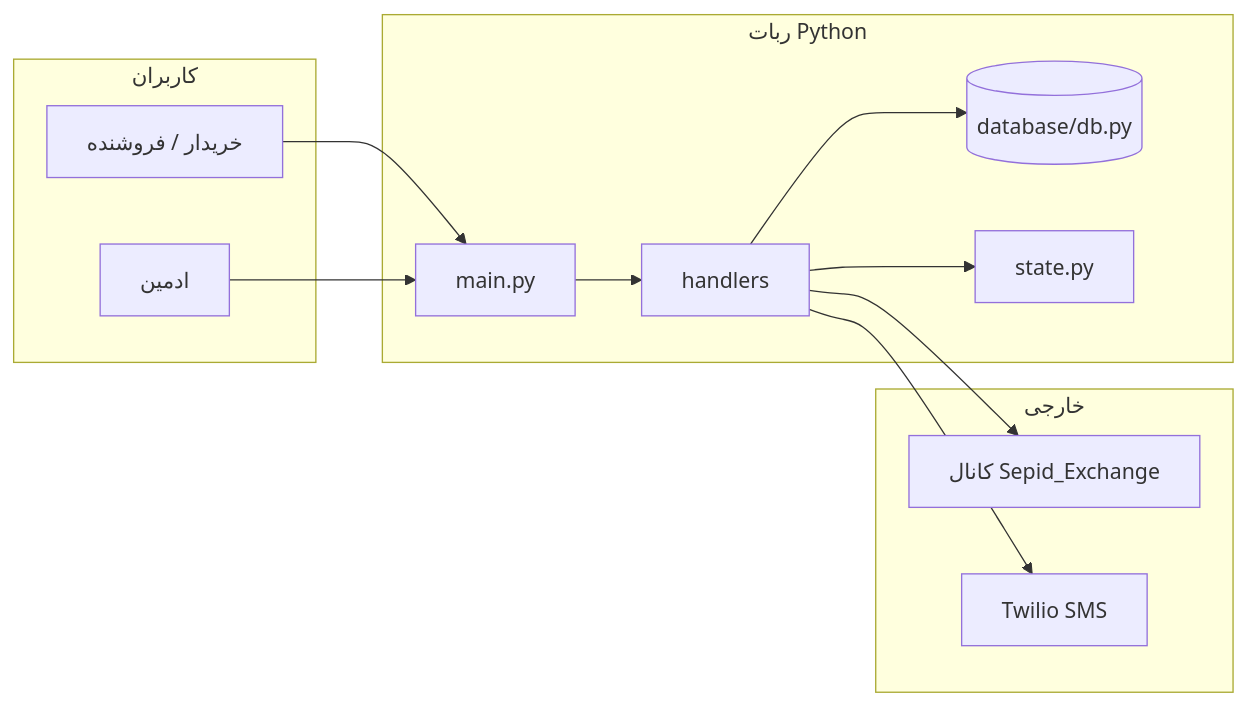
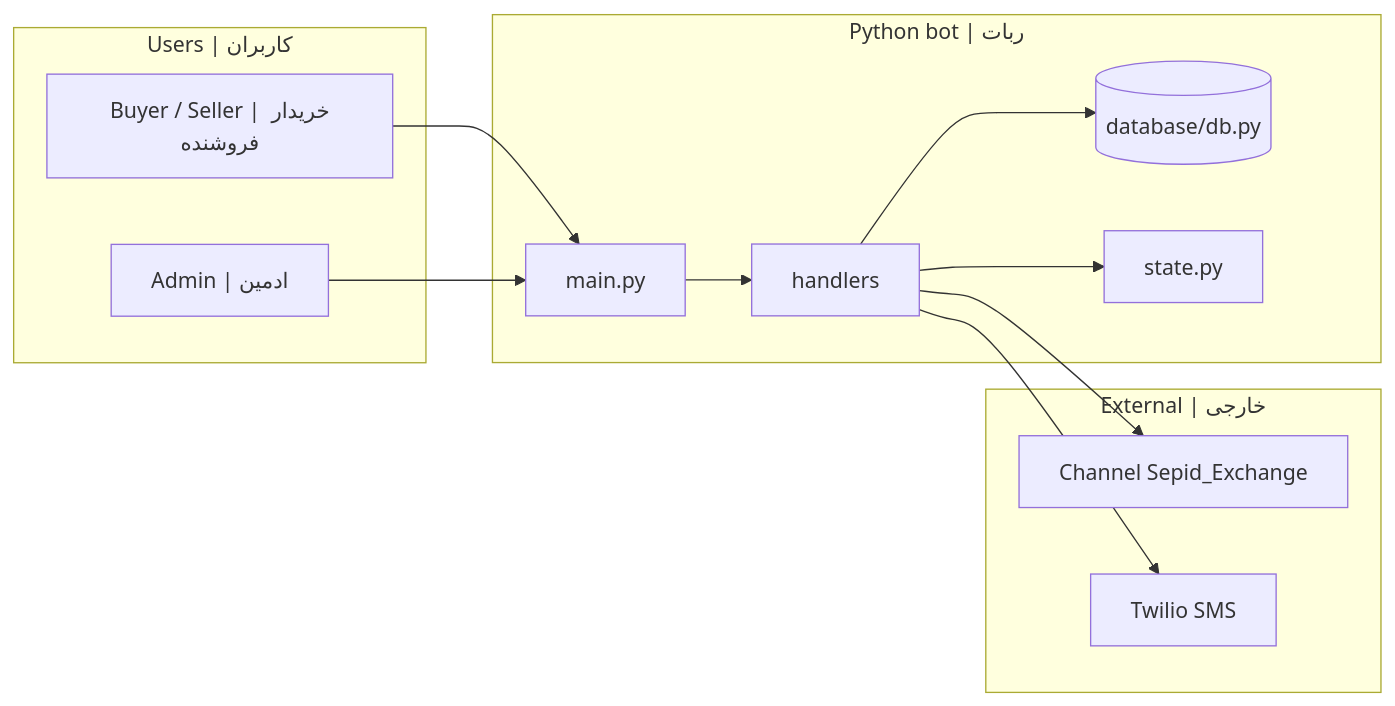
The first of 2 diagrams in README.md (soha15167/Sepid_Exchange_Bot), drawn with Mermaid before and after one commit. The commit also changed other lines of this file and 6 other files, not shown here.

````diff
--- a/README.md
+++ b/README.md
@@ -52,24 +55,24 @@
 ```mermaid
 flowchart LR
-    subgraph users ["کاربران"]
-        U1["خریدار / فروشنده"]
-        U2["ادمین"]
+    subgraph users ["Users | کاربران"]
+        U1["Buyer / Seller | خریدار فروشنده"]
+        U2["Admin | ادمین"]
     end
-    subgraph bot ["ربات Python"]
+    subgraph bot ["Python bot | ربات"]
         M["main.py"]
         H["handlers"]
         D[("database/db.py")]
         S["state.py"]
     end
-    subgraph external ["خارجی"]
-        CH["کانال Sepid_Exchange"]
+    subgraph external ["External | خارجی"]
+        CH["Channel Sepid_Exchange"]
         TW["Twilio SMS"]
     end
     U1 --> M
     U2 --> M
     M --> H
     H --> D
     H --> S
     H --> CH
     H --> TW
 ```
````
